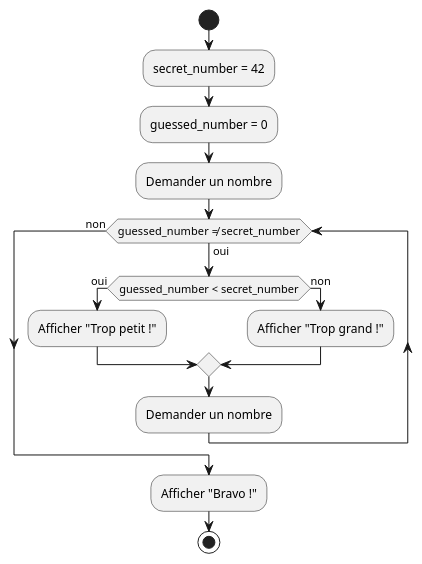
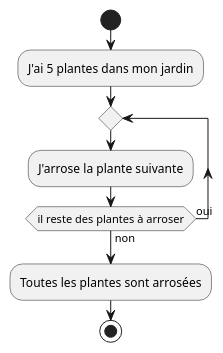
One commit to HEIG-VD-Prog-Course/HEIG-VD-ProgIM-Course changed the sixth of 7 diagrams in 03.01-iteration/01-supports-de-cours/PRESENTATION.md. Above: the diagram before and after it, drawn with PlantUML. The commit also changed other lines of this file, not shown here.

Commit message:
Refactor presentation content to focus on iteration concepts; remove objectives section and enhance UML examples for clarity

````diff
--- a/03.01-iteration/01-supports-de-cours/PRESENTATION.md
+++ b/03.01-iteration/01-supports-de-cours/PRESENTATION.md
@@ -317,16 +283,11 @@
 ```plantuml
+@startuml
 start
-:secret_number = 42;
-:guessed_number = 0;
-:Demander un nombre;
-while (guessed_number ≠ secret_number) is (oui)
-    if (guessed_number < secret_number) then (oui)
-        :Afficher "Trop petit !";
-    else (non)
-        :Afficher "Trop grand !";
-    endif
-    :Demander un nombre;
-endwhile (non)
-:Afficher "Bravo !";
+:J'ai 5 plantes dans mon jardin;
+repeat
+  :J'arrose la plante suivante;
+repeat while (il reste des plantes à arroser) is (oui) not (non)
+:Toutes les plantes sont arrosées;
 stop
+@enduml
 ```
````
